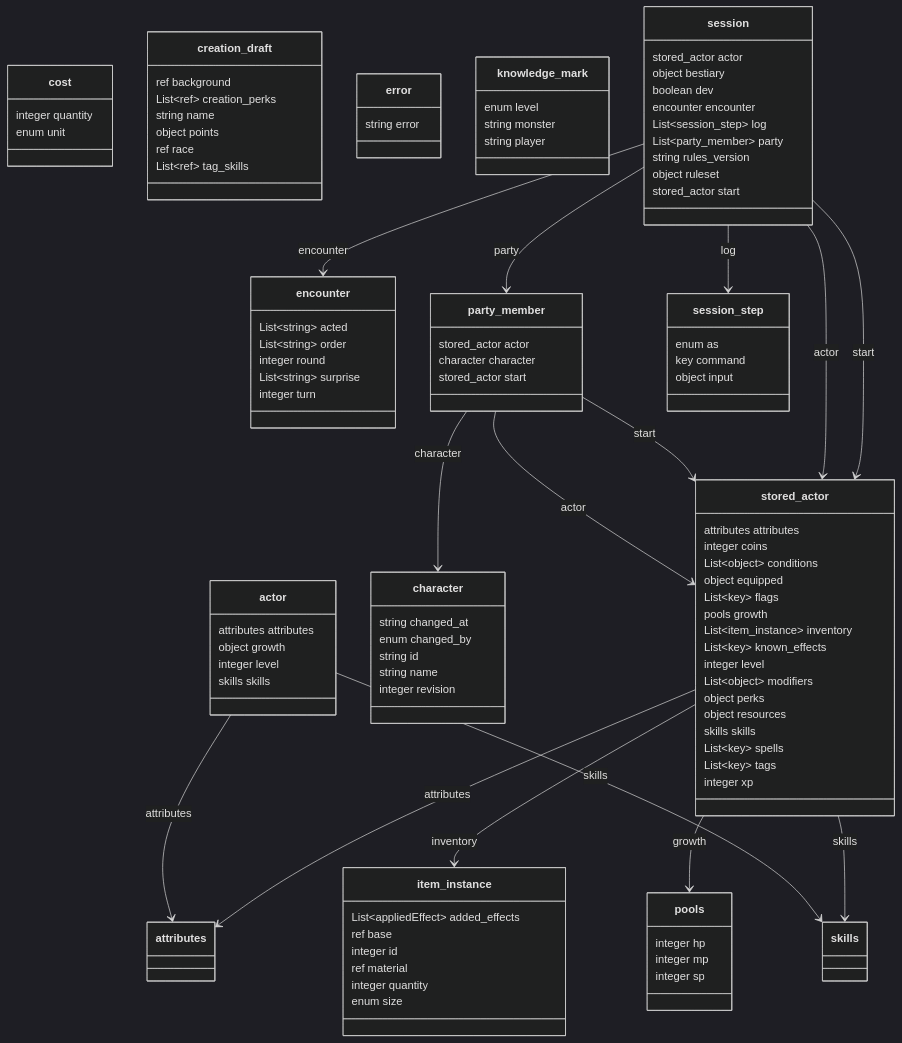
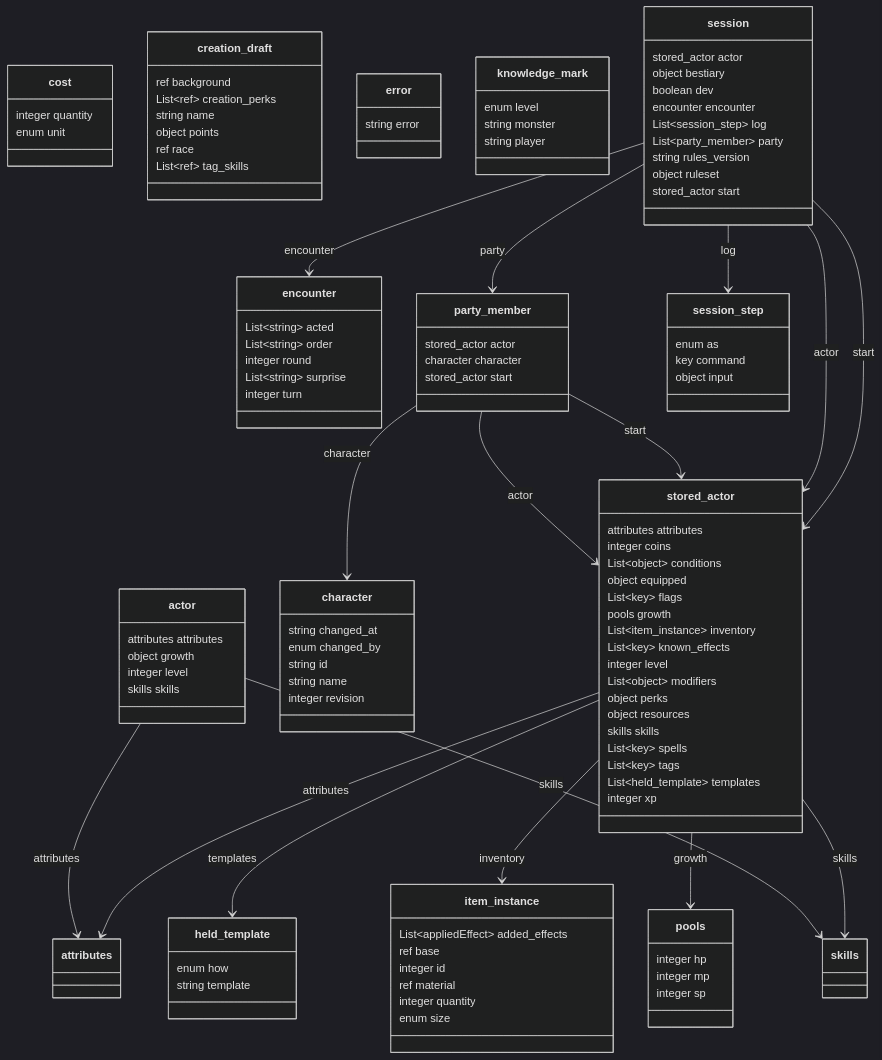
The first of 33 diagrams in docs/backend/contract-diagram.md (SETA1609/riftweave-core), drawn with Mermaid (dark theme) before and after one commit. The commit also changed other lines of this file and 11 other files, not shown here.

First line of the commit message:
GD_S20_05 data (green): the template rows, their gate, and derived's templates

```diff
--- a/docs/backend/contract-diagram.md
+++ b/docs/backend/contract-diagram.md
@@ -52,6 +52,10 @@
     }
     class error {
         string error
+    }
+    class held_template {
+        enum how
+        string template
     }
     class item_instance {
         List~appliedEffect~ added_effects
@@ -110,6 +114,7 @@
         skills skills
         List~key~ spells
         List~key~ tags
+        List~held_template~ templates
         integer xp
     }
     actor --> attributes : attributes
@@ -123,6 +128,7 @@
     session --> stored_actor : actor
     session --> stored_actor : start
     stored_actor --> attributes : attributes
+    stored_actor --> held_template : templates
     stored_actor --> item_instance : inventory
     stored_actor --> pools : growth
     stored_actor --> skills : skills
```
